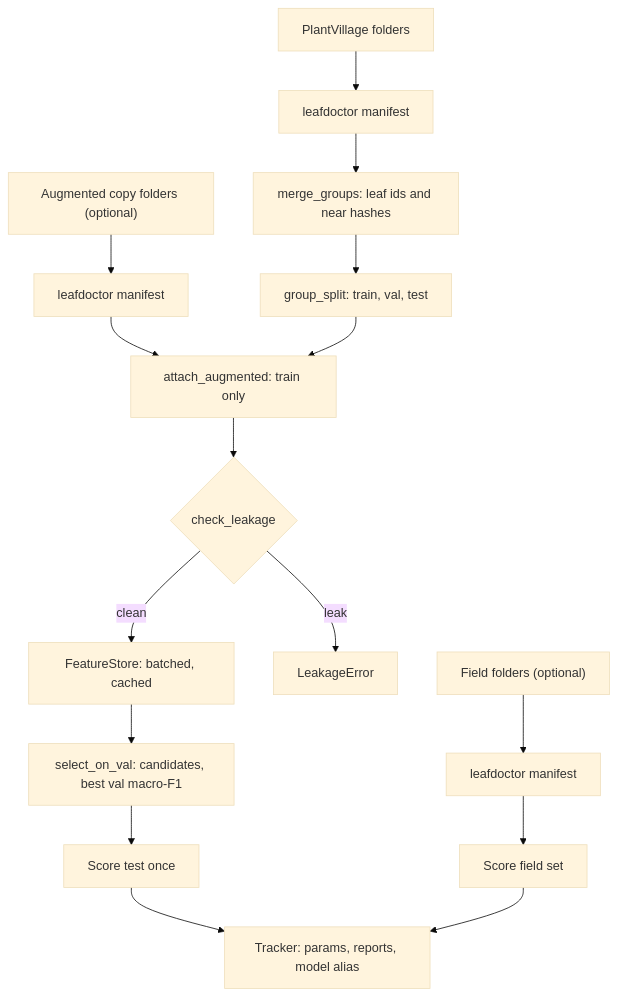
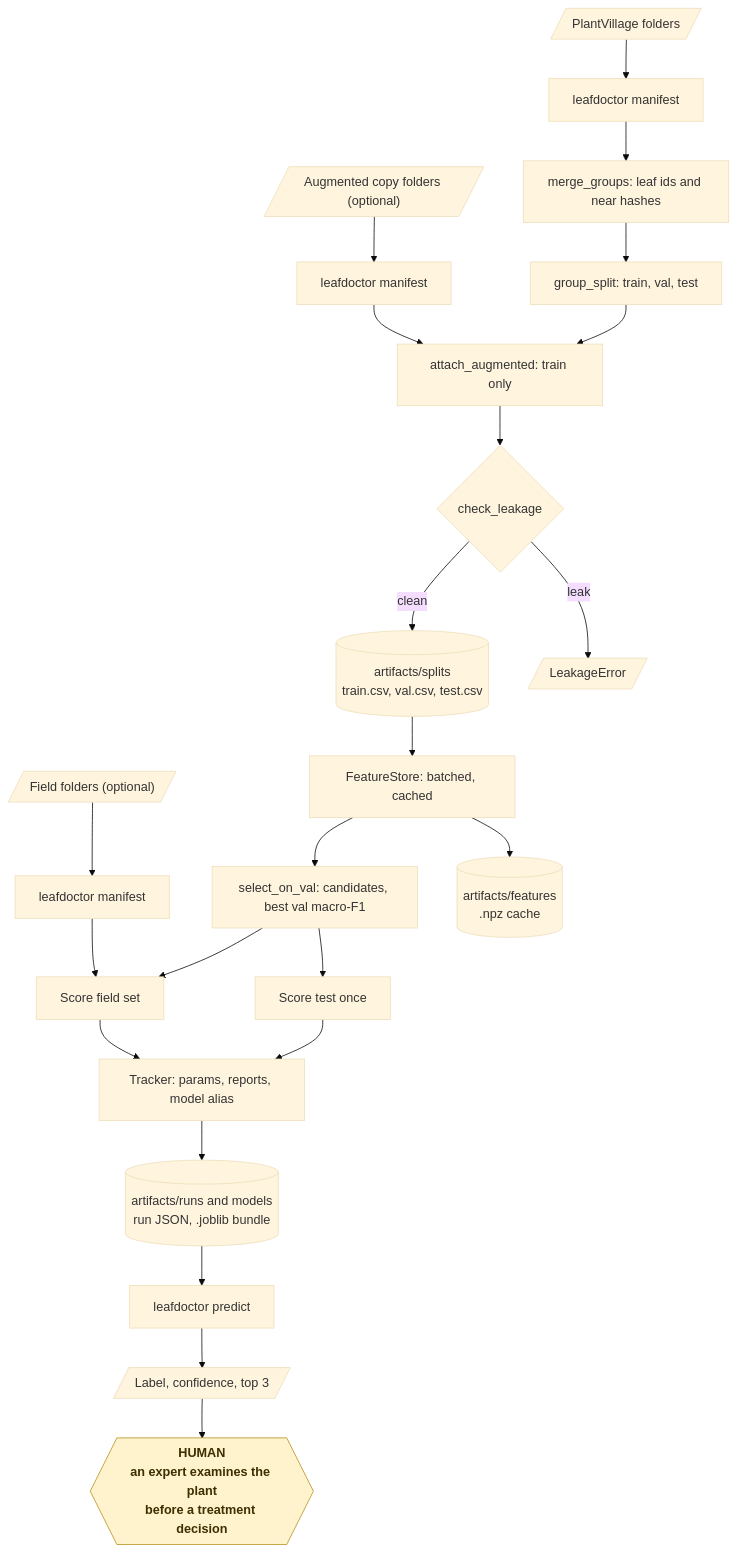
One commit to KrishnaAnnavaram/leafdoctor changed the fifth of 18 diagrams in README.md. Above: the diagram before and after it, drawn with Mermaid (base theme). The commit also changed other lines of this file, not shown here.

Commit message:
Add the workflow diagrams to the README

````diff
--- a/README.md
+++ b/README.md
@@ -205,18 +273,28 @@
 ```mermaid
-flowchart TB
-    PV["PlantVillage folders"] --> MAN["leafdoctor manifest"]
-    AUG["Augmented copy folders (optional)"] --> MAN2["leafdoctor manifest"]
-    FLD["Field folders (optional)"] --> MAN3["leafdoctor manifest"]
+flowchart TD
+    PV[/"PlantVillage folders"/] --> MAN["leafdoctor manifest"]
+    AUG[/"Augmented copy folders (optional)"/] --> MAN2["leafdoctor manifest"]
+    FLD[/"Field folders (optional)"/] --> MAN3["leafdoctor manifest"]
     MAN --> MERGE["merge_groups: leaf ids and near hashes"]
     MERGE --> SPLIT["group_split: train, val, test"]
     MAN2 --> ATT["attach_augmented: train only"]
     SPLIT --> ATT
     ATT --> CHK{"check_leakage"}
-    CHK -- "leak" --> STOP["LeakageError"]
-    CHK -- "clean" --> FEAT["FeatureStore: batched, cached"]
+    CHK -- "leak" --> STOP[/"LeakageError"/]
+    CHK -- "clean" --> SPL[("artifacts/splits<br/>train.csv, val.csv, test.csv")]
+    SPL --> FEAT["FeatureStore: batched, cached"]
+    FEAT --> CACHE[("artifacts/features<br/>.npz cache")]
     FEAT --> SEL["select_on_val: candidates, best val macro-F1"]
     SEL --> TEST["Score test once"]
     MAN3 --> FIELD["Score field set"]
+    SEL --> FIELD
     TEST --> TRK["Tracker: params, reports, model alias"]
     FIELD --> TRK
+    TRK --> RUNS[("artifacts/runs and models<br/>run JSON, .joblib bundle")]
+    RUNS --> PRED["leafdoctor predict"]
+    PRED --> OUT[/"Label, confidence, top 3"/]
+    OUT --> HUMAN{{"HUMAN<br/>an expert examines the plant<br/>before a treatment decision"}}
+
+    classDef human fill:#fff3cd,stroke:#b8901f,color:#3d2f00,font-weight:bold
+    class HUMAN human
 ```
````
